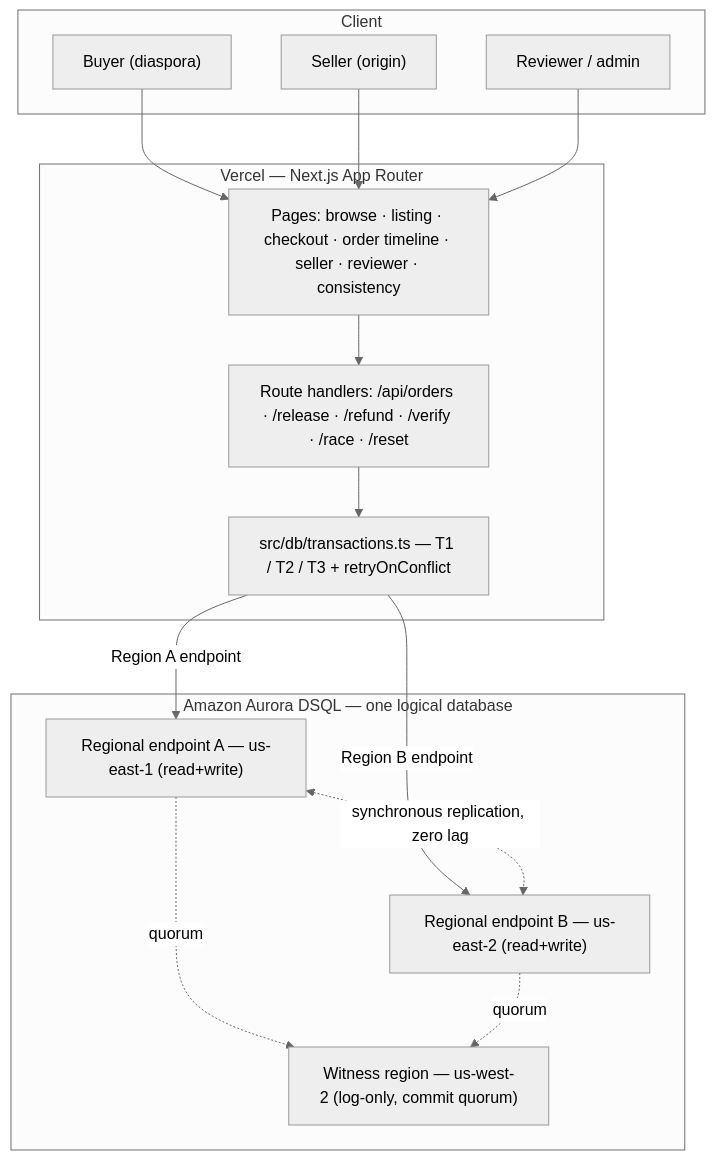
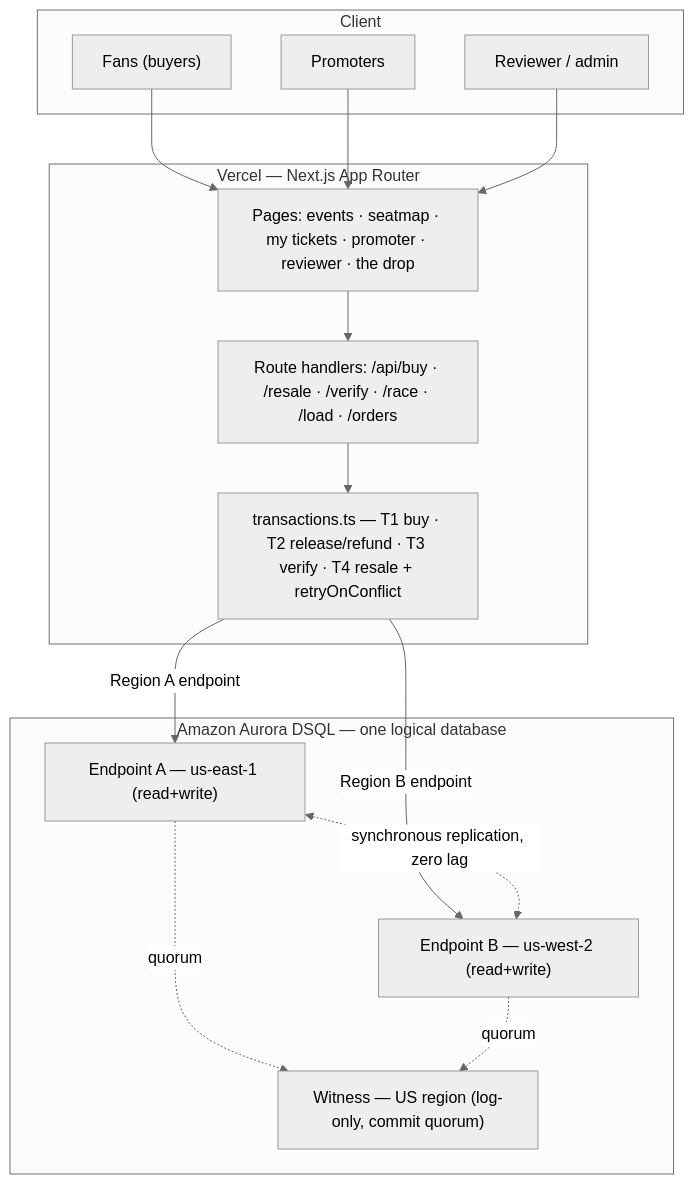
The diagram in docs/ARCHITECTURE.md (Jeremiah-Sakuda/dhamana), drawn with Mermaid (neutral theme) before and after one commit. The commit also changed other lines of this file and 7 other files, not shown here.

First line of the commit message:
docs: reskin to Verdict — README, architecture (+SVG), demo, blog, submission

````diff
--- a/docs/ARCHITECTURE.md
+++ b/docs/ARCHITECTURE.md
@@ -9,30 +8,27 @@
 ```mermaid
 flowchart TB
   subgraph Client
-    B["Buyer (diaspora)"]
-    S["Seller (origin)"]
+    F["Fans (buyers)"]
+    P["Promoters"]
     R["Reviewer / admin"]
   end
-
   subgraph Vercel["Vercel — Next.js App Router"]
-    UI["Pages: browse · listing · checkout · order timeline · seller · reviewer · consistency"]
-    API["Route handlers: /api/orders · /release · /refund · /verify · /race · /reset"]
-    TX["src/db/transactions.ts — T1 / T2 / T3 + retryOnConflict"]
+    UI["Pages: events · seatmap · my tickets · promoter · reviewer · the drop"]
+    API["Route handlers: /api/buy · /resale · /verify · /race · /load · /orders"]
+    TX["transactions.ts — T1 buy · T2 release/refund · T3 verify · T4 resale + retryOnConflict"]
   end
-
   subgraph DSQL["Amazon Aurora DSQL — one logical database"]
-    EA["Regional endpoint A — us-east-1 (read+write)"]
-    EB["Regional endpoint B — us-east-2 (read+write)"]
-    W["Witness region — us-west-2 (log-only, commit quorum)"]
+    EA["Endpoint A — us-east-1 (read+write)"]
+    EB["Endpoint B — us-west-2 (read+write)"]
+    W["Witness — US region (log-only, commit quorum)"]
   end
-
-  B --> UI
-  S --> UI
+  F --> UI
+  P --> UI
   R --> UI
   UI --> API --> TX
   TX -- "Region A endpoint" --> EA
   TX -- "Region B endpoint" --> EB
   EA <-. "synchronous replication, zero lag" .-> EB
   EA -. quorum .-> W
   EB -. quorum .-> W
 ```
````
